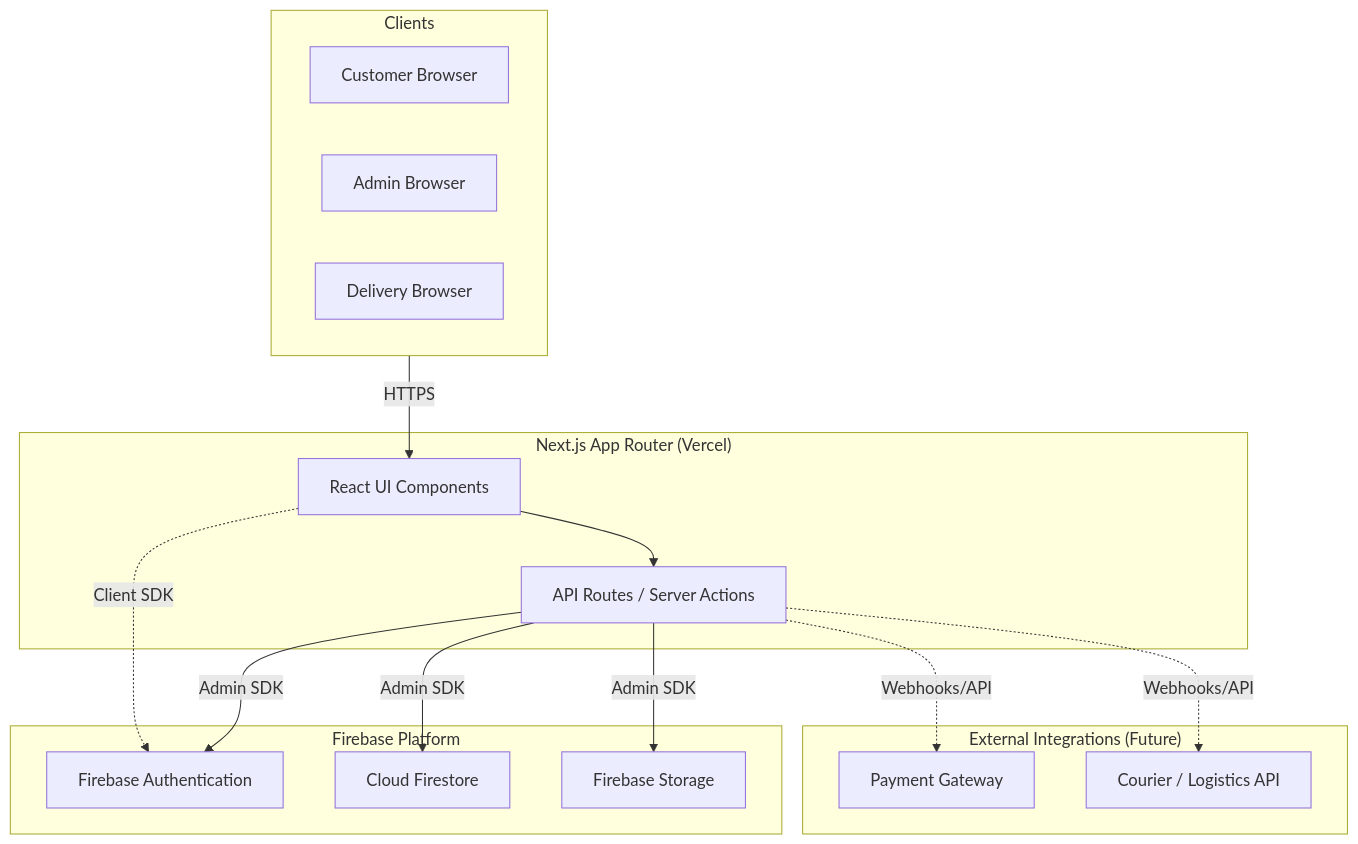
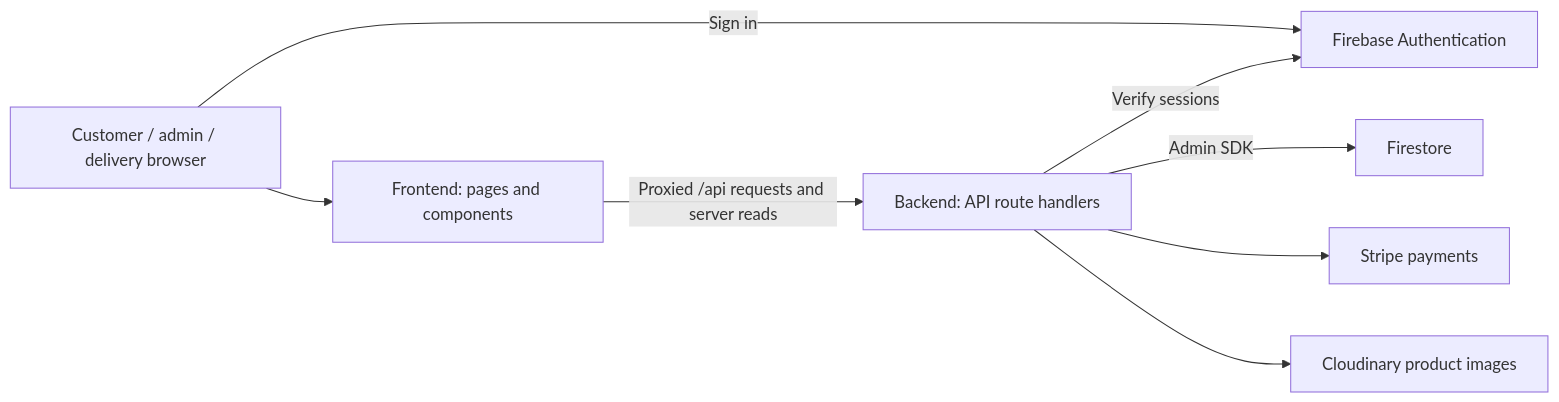
The diagram in frontend/docs/system-architecture.md (bharatsirmal/JOJO-Store), drawn with Mermaid before and after one commit. The commit also changed other lines of this file and 229 other files, not shown here.

First line of the commit message:
feat: implement backend services for order processing and payment handling

````diff
--- a/frontend/docs/system-architecture.md
+++ b/frontend/docs/system-architecture.md
@@ -5,38 +5,10 @@
 ```mermaid
-flowchart TD
-    %% Clients
-    subgraph Clients
-        C[Customer Browser]
-        A[Admin Browser]
-        D[Delivery Browser]
-    end
-
-    %% Next.js Application
-    subgraph NextJS["Next.js App Router (Vercel)"]
-        UI[React UI Components]
-        API[API Routes / Server Actions]
-        UI --> API
-    end
-
-    %% Firebase Services
-    subgraph Firebase["Firebase Platform"]
-        Auth[Firebase Authentication]
-        Firestore[Cloud Firestore]
-        Storage[Firebase Storage]
-    end
-
-    %% External Services (Phase 2+)
-    subgraph External["External Integrations (Future)"]
-        Payments[Payment Gateway]
-        Courier[Courier / Logistics API]
-    end
-
-    %% Connections
-    Clients -->|HTTPS| UI
-    API -->|Admin SDK| Auth
-    API -->|Admin SDK| Firestore
-    API -->|Admin SDK| Storage
-    UI -.->|Client SDK| Auth
-    API -.->|Webhooks/API| Payments
-    API -.->|Webhooks/API| Courier
+flowchart LR
+  Browser[Customer / admin / delivery browser] --> Frontend[Frontend: pages and components]
+  Frontend -->|Proxied /api requests and server reads| Backend[Backend: API route handlers]
+  Browser -->|Sign in| Auth[Firebase Authentication]
+  Backend -->|Verify sessions| Auth
+  Backend -->|Admin SDK| DB[Firestore]
+  Backend --> Stripe[Stripe payments]
+  Backend --> Images[Cloudinary product images]
 ```
````
